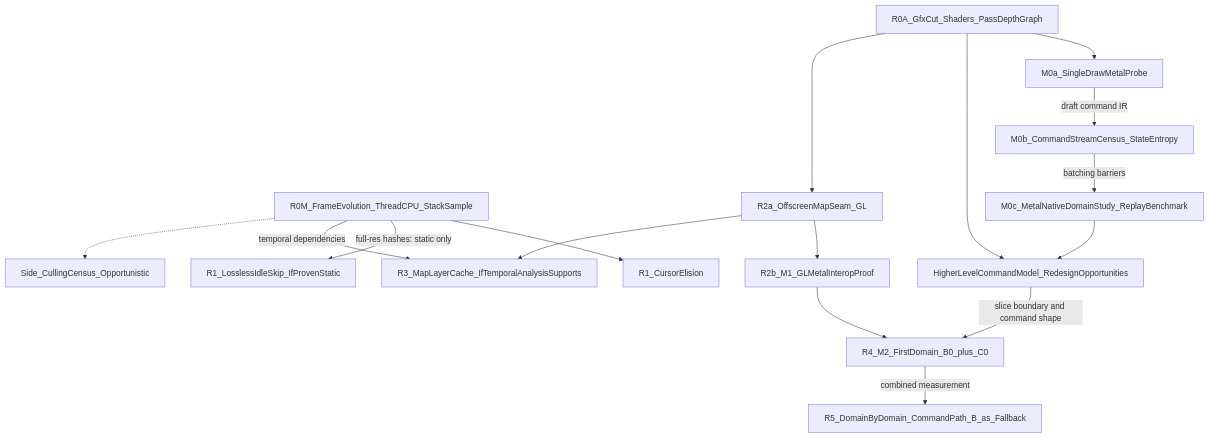
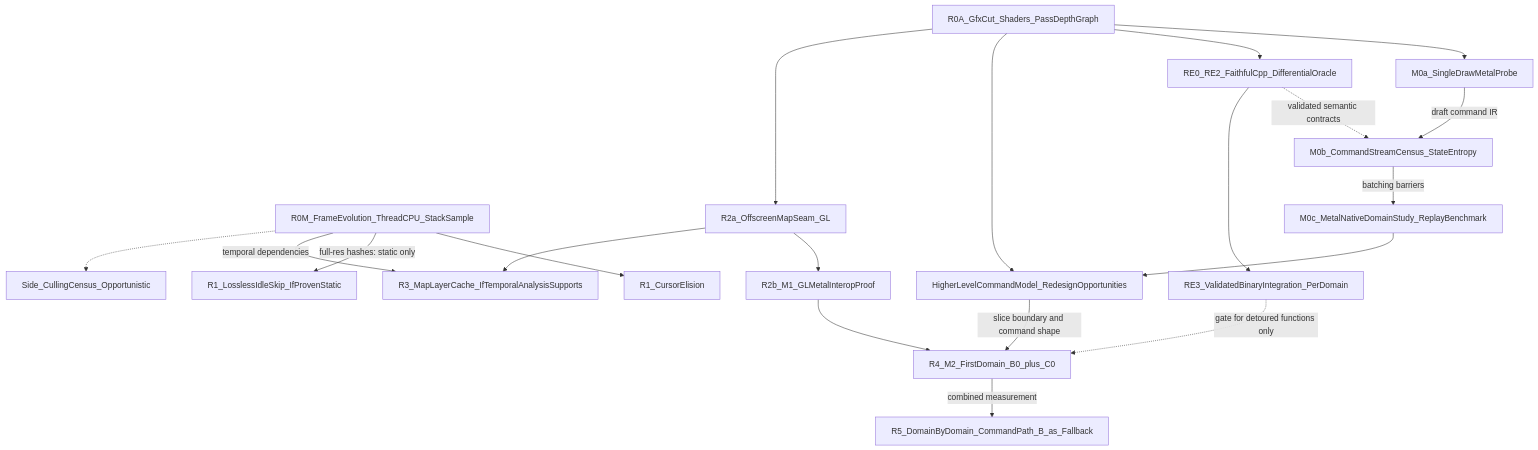
Before and after one commit to HagbardCel/eu4-mac-perf: the diagram in docs/eu4_recommended_strategy.md, drawn with Mermaid. The commit also changed other lines of this file, not shown here.

Commit message:
docs: integrate verified reconstruction pilot into canonical rendering roadmap

````diff
--- a/docs/eu4_recommended_strategy.md
+++ b/docs/eu4_recommended_strategy.md
@@ -110,33 +113,39 @@
 ```mermaid
 flowchart TD
     R0m[R0M_FrameEvolution_ThreadCPU_StackSample]
     R0a[R0A_GfxCut_Shaders_PassDepthGraph]
+    RE[RE0_RE2_FaithfulCpp_DifferentialOracle]
+    RE3[RE3_ValidatedBinaryIntegration_PerDomain]
     M0[M0a_SingleDrawMetalProbe]
     M0b[M0b_CommandStreamCensus_StateEntropy]
     M0c[M0c_MetalNativeDomainStudy_ReplayBenchmark]
     Model[HigherLevelCommandModel_RedesignOpportunities]
     Cursor[R1_CursorElision]
     Skip[R1_LosslessIdleSkip_IfProvenStatic]
     Seam[R2a_OffscreenMapSeam_GL]
     Interop[R2b_M1_GLMetalInteropProof]
     Cache[R3_MapLayerCache_IfTemporalAnalysisSupports]
     Slice[R4_M2_FirstDomain_B0_plus_C0]
     Expand[R5_DomainByDomain_CommandPath_B_as_Fallback]
     Cull[Side_CullingCensus_Opportunistic]
 
     R0m --> Cursor
     R0m -->|"full-res hashes: static only"| Skip
     R0m -->|"temporal dependencies"| Cache
     R0a --> M0
+    R0a --> RE
+    RE -.->|"validated semantic contracts"| M0b
+    RE --> RE3
     M0 -->|"draft command IR"| M0b
     M0b -->|"batching barriers"| M0c
     R0a --> Model
     M0c --> Model
     R0a --> Seam
     Seam --> Interop
     Seam --> Cache
     Interop --> Slice
     Model -->|"slice boundary and command shape"| Slice
+    RE3 -.->|"gate for detoured functions only"| Slice
     Slice -->|"combined measurement"| Expand
     R0m -.-> Cull
 ```
````
